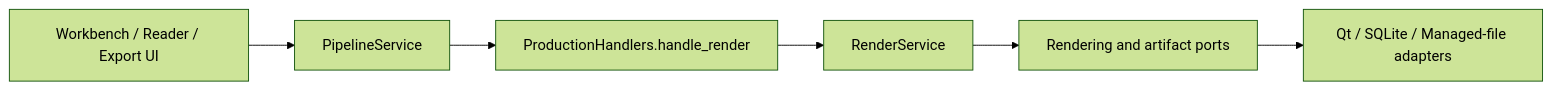
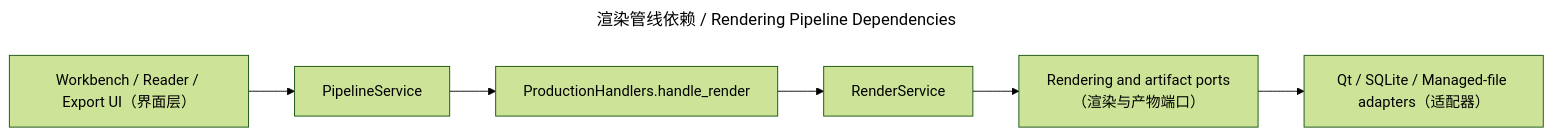
The diagram in wiki/codewiki/application_rendering.md (peakwheat-pixel/New-Manga), drawn with Mermaid (forest theme) before and after one commit. The commit also changed 16 other files, not shown here.

Commit message:
docs: apply bilingual diagram policy to CodeWiki diagrams

````diff
--- a/wiki/codewiki/application_rendering.md
+++ b/wiki/codewiki/application_rendering.md
@@ -35,8 +35,11 @@
 ```mermaid
+---
+title: 渲染管线依赖 / Rendering Pipeline Dependencies
+---
 flowchart LR
-    UI["Workbench / Reader / Export UI"] --> PIPE["PipelineService"]
+    UI["Workbench / Reader / Export UI（界面层）"] --> PIPE["PipelineService"]
     PIPE --> HANDLER["ProductionHandlers.handle_render"]
     HANDLER --> RENDER["RenderService"]
-    RENDER --> PORTS["Rendering and artifact ports"]
-    PORTS --> ADAPTERS["Qt / SQLite / Managed-file adapters"]
+    RENDER --> PORTS["Rendering and artifact ports（渲染与产物端口）"]
+    PORTS --> ADAPTERS["Qt / SQLite / Managed-file adapters（适配器）"]
 ```
````
